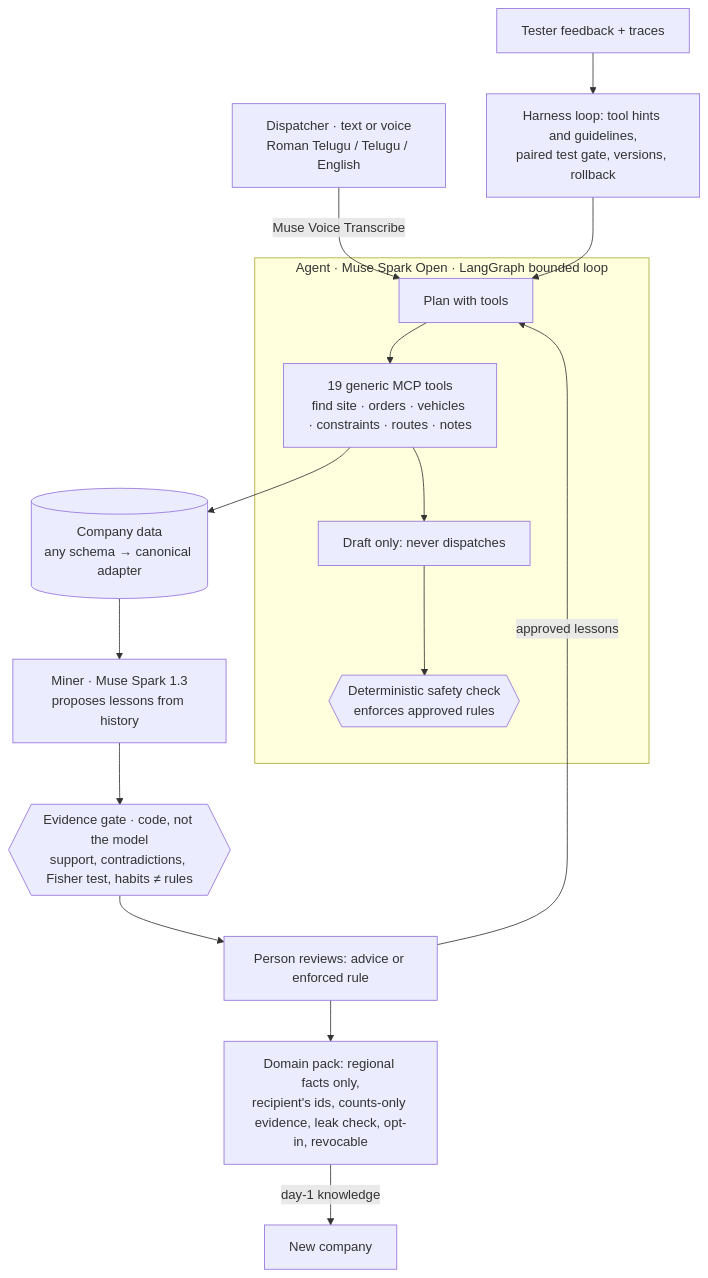
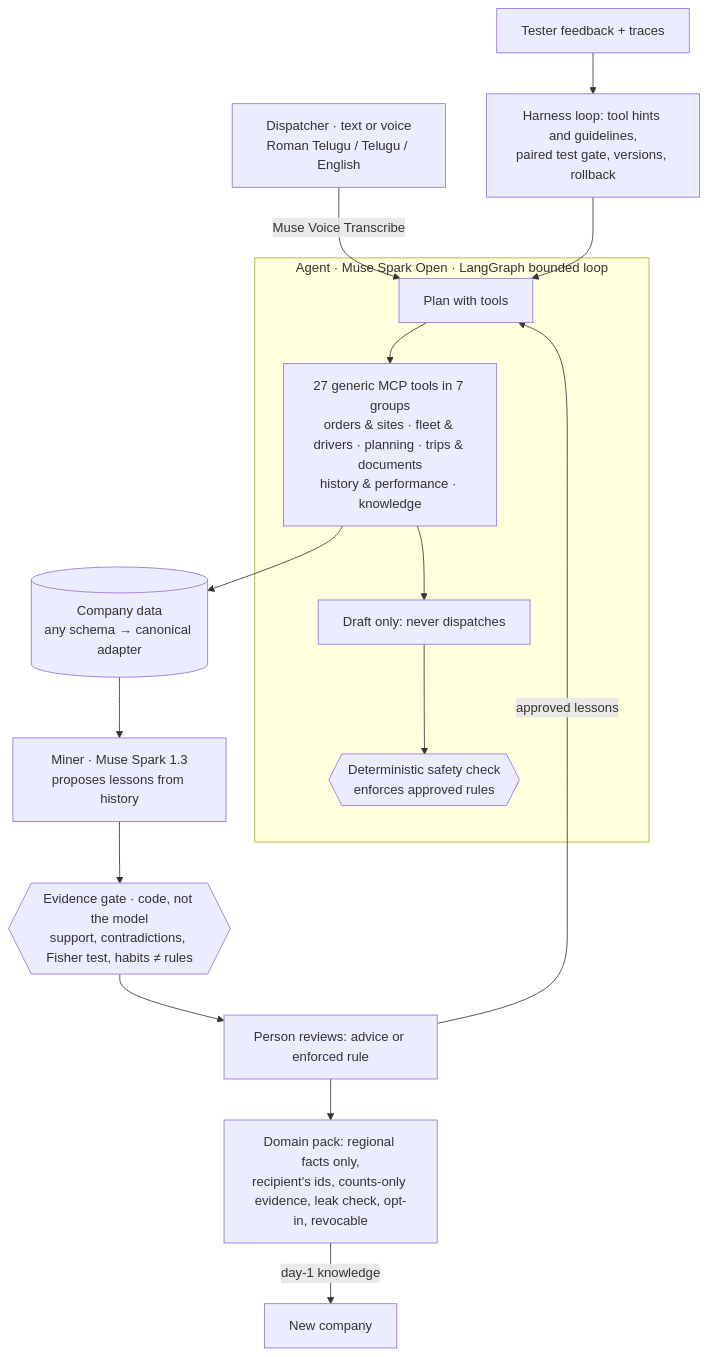
Before and after one commit to prashanth-ds-ml/anubhav: the diagram in README.md, drawn with Mermaid. The commit also changed other lines of this file and 11 other files, not shown here.

````diff
--- a/README.md
+++ b/README.md
@@ -45,17 +45,17 @@
 ```mermaid
 flowchart TB
   U["Dispatcher · text or voice<br/>Roman Telugu / Telugu / English"] -->|Muse Voice Transcribe| A
   subgraph Agent["Agent · Muse Spark Open · LangGraph bounded loop"]
-    A[Plan with tools] --> T[19 generic MCP tools<br/>find site · orders · vehicles · constraints · routes · notes]
+    A[Plan with tools] --> T[27 generic MCP tools in 7 groups<br/>orders & sites · fleet & drivers · planning · trips & documents<br/>history & performance · knowledge]
     T --> D[Draft only: never dispatches]
     D --> V{{Deterministic safety check<br/>enforces approved rules}}
   end
   T --> DB[(Company data<br/>any schema → canonical adapter)]
   DB --> M["Miner · Muse Spark 1.3<br/>proposes lessons from history"]
   M --> G{{Evidence gate · code, not the model<br/>support, contradictions, Fisher test, habits ≠ rules}}
   G --> R[Person reviews: advice or enforced rule]
   R -->|approved lessons| A
   R --> P[Domain pack: regional facts only,<br/>recipient's ids, counts-only evidence, leak check, opt-in, revocable]
   P -->|day-1 knowledge| N[New company]
   F[Tester feedback + traces] --> H[Harness loop: tool hints and guidelines,<br/>paired test gate, versions, rollback] --> A
 ```
````
